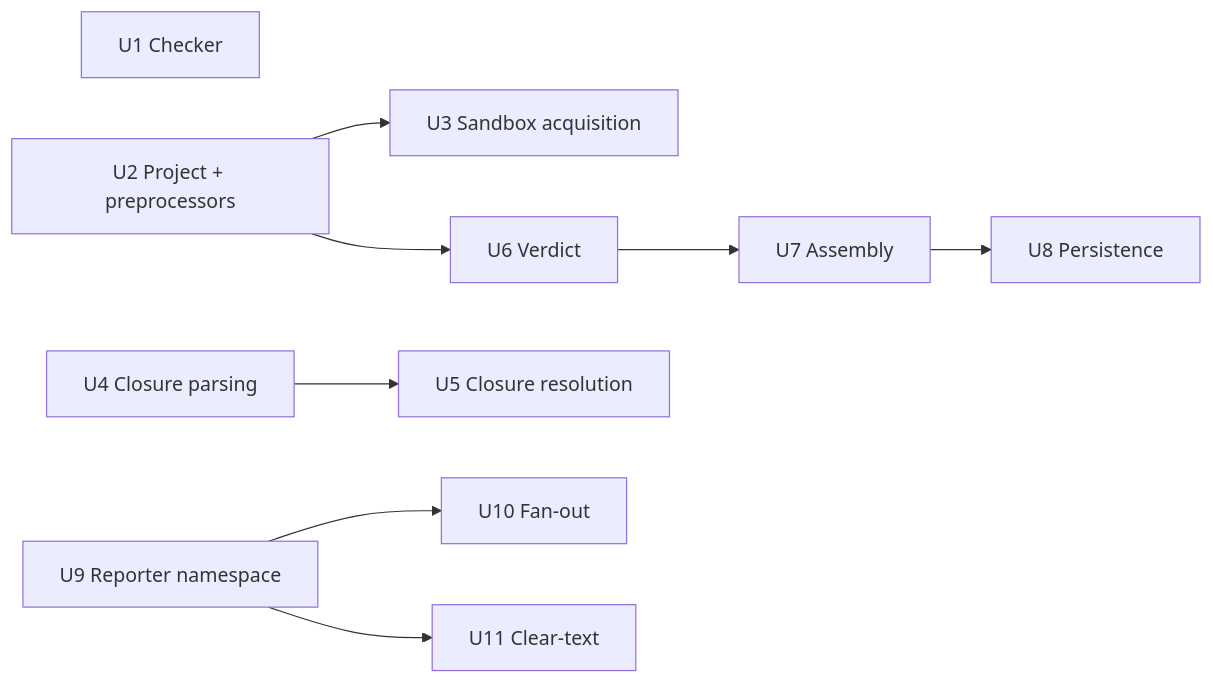
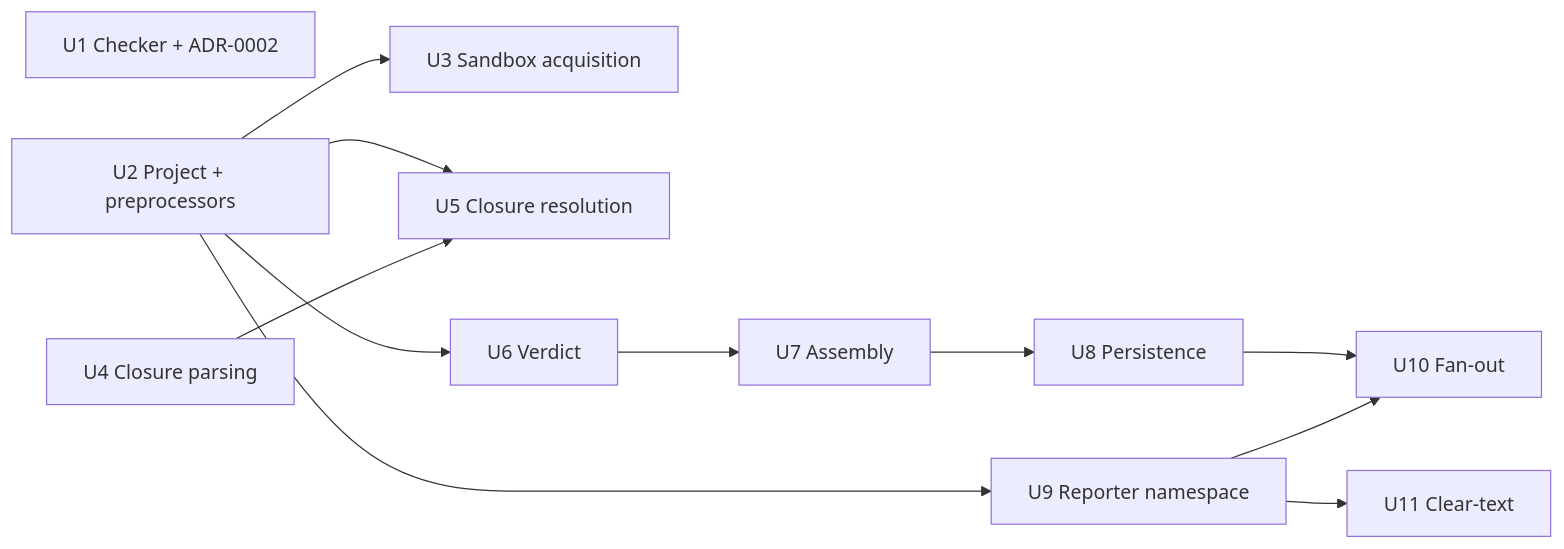
The first of 2 diagrams in docs/plans/2026-10-09-1840-refactor-grab-bag-decomposition-plan.md (systemfsoftware/stryker-js-effect), drawn with Mermaid before and after one commit. The commit also changed other lines of this file, not shown here.

````diff
--- a/docs/plans/2026-10-09-1840-refactor-grab-bag-decomposition-plan.md
+++ b/docs/plans/2026-10-09-1840-refactor-grab-bag-decomposition-plan.md
@@ -219,9 +224,10 @@
 ```mermaid
 flowchart LR
-  U1[U1 Checker]
+  U1[U1 Checker + ADR-0002]
   U2[U2 Project + preprocessors] --> U3[U3 Sandbox acquisition]
-  U2 --> U6[U6 Verdict] --> U7[U7 Assembly] --> U8[U8 Persistence]
+  U2 --> U5
   U4[U4 Closure parsing] --> U5[U5 Closure resolution]
-  U9[U9 Reporter namespace] --> U10[U10 Fan-out]
+  U2 --> U6[U6 Verdict] --> U7[U7 Assembly] --> U8[U8 Persistence] --> U10
+  U2 --> U9[U9 Reporter namespace] --> U10[U10 Fan-out]
   U9 --> U11[U11 Clear-text]
 ```
````
